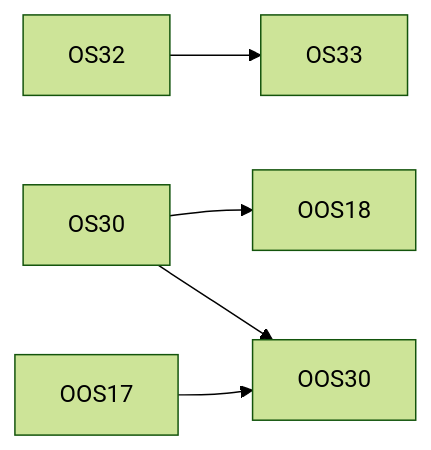
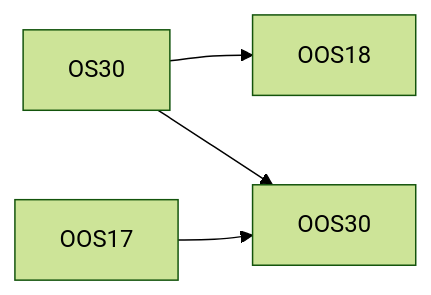
The diagram in PLAN_ORGANIC_SEARCH.md (diy-accounting-uk/submit.diyaccounting.co.uk), drawn with Mermaid (forest theme) before and after one commit. The commit also changed other lines of this file and 1 other file, not shown here.

````diff
--- a/PLAN_ORGANIC_SEARCH.md
+++ b/PLAN_ORGANIC_SEARCH.md
@@ -885,7 +883,6 @@
 ```mermaid
 flowchart LR
-  OS32 --> OS33
   OS30 --> OOS18
   OS30 --> OOS30
   OOS17 --> OOS30
 ```
````
